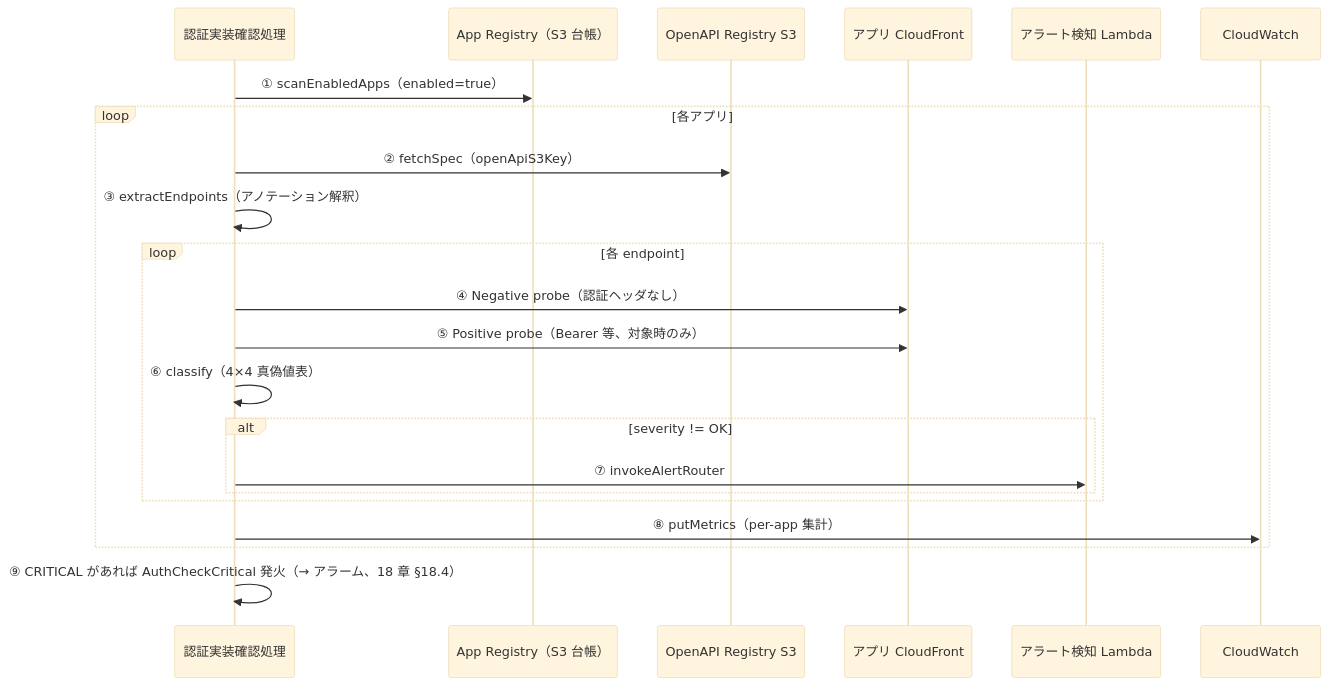
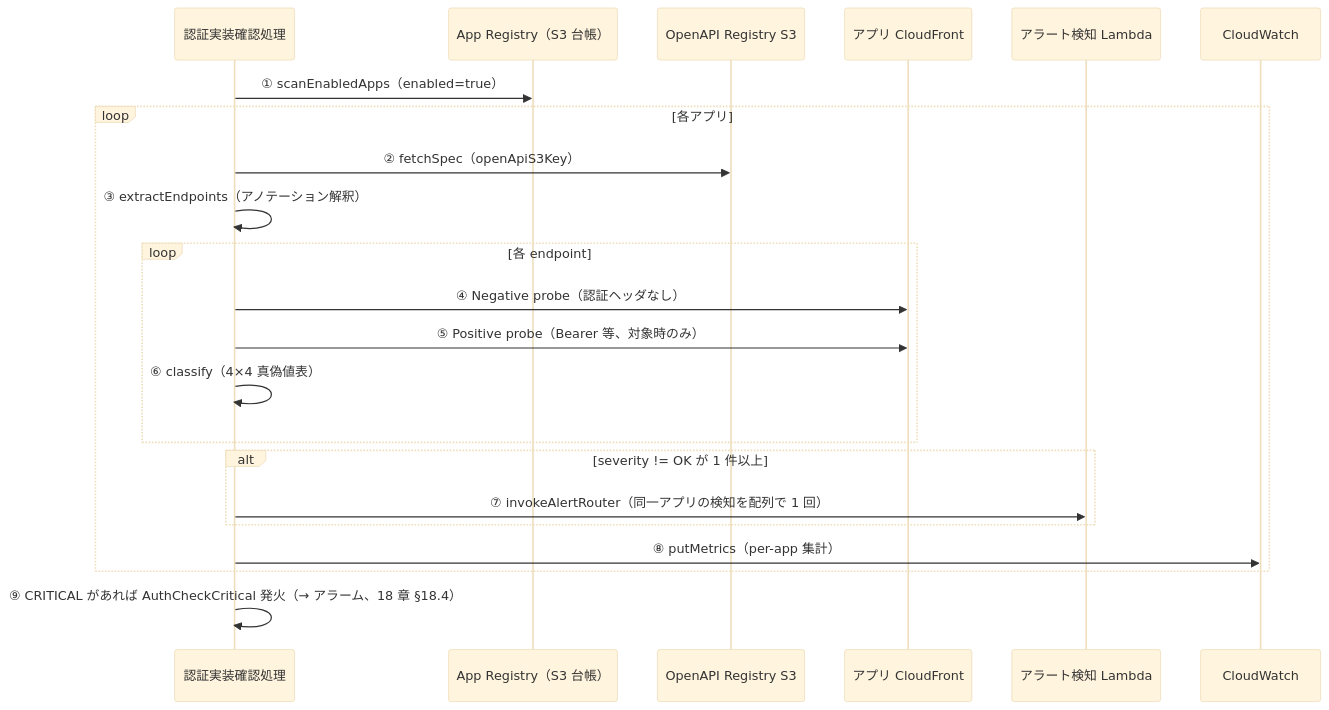
One commit to suepie/aws-atuh-poc changed the diagram in doc/api-platform/basic-design/11-central-probe-architecture.md. Above: the diagram before and after it, drawn with Mermaid (base theme). The commit also changed other lines of this file and 11 other files, not shown here.

````diff
--- a/doc/api-platform/basic-design/11-central-probe-architecture.md
+++ b/doc/api-platform/basic-design/11-central-probe-architecture.md
@@ -21,25 +21,25 @@
 ```mermaid
 sequenceDiagram
     participant CC as 認証実装確認処理
     participant Reg as App Registry（S3 台帳）
     participant OAR as OpenAPI Registry S3
     participant CF as アプリ CloudFront
     participant AR as アラート検知 Lambda
     participant CW as CloudWatch
 
     CC->>Reg: ① scanEnabledApps（enabled=true）
     loop 各アプリ
         CC->>OAR: ② fetchSpec（openApiS3Key）
         CC->>CC: ③ extractEndpoints（アノテーション解釈）
         loop 各 endpoint
             CC->>CF: ④ Negative probe（認証ヘッダなし）
             CC->>CF: ⑤ Positive probe（Bearer 等、対象時のみ）
             CC->>CC: ⑥ classify（4×4 真偽値表）
-            alt severity != OK
-                CC->>AR: ⑦ invokeAlertRouter
-            end
+        end
+        alt severity != OK が 1 件以上
+            CC->>AR: ⑦ invokeAlertRouter（同一アプリの検知を配列で 1 回）
         end
         CC->>CW: ⑧ putMetrics（per-app 集計）
     end
     CC->>CC: ⑨ CRITICAL があれば AuthCheckCritical 発火（→ アラーム、18 章 §18.4）
 ```
````
